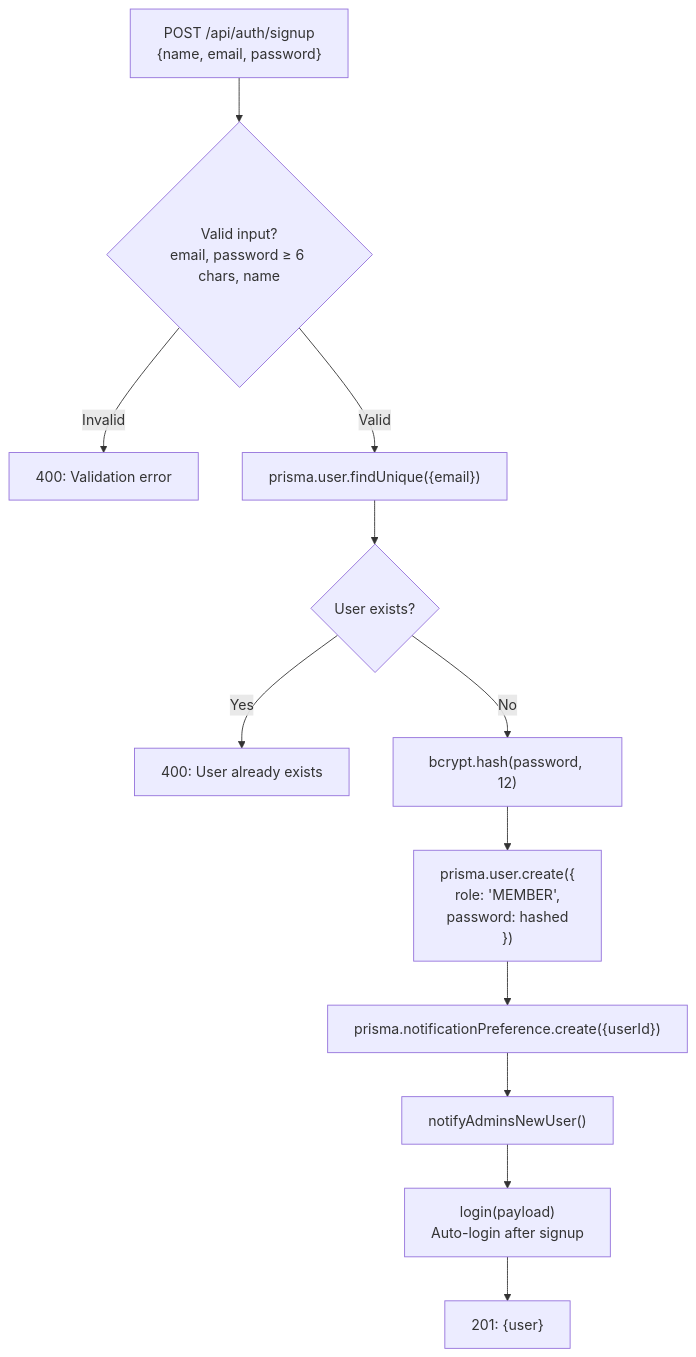
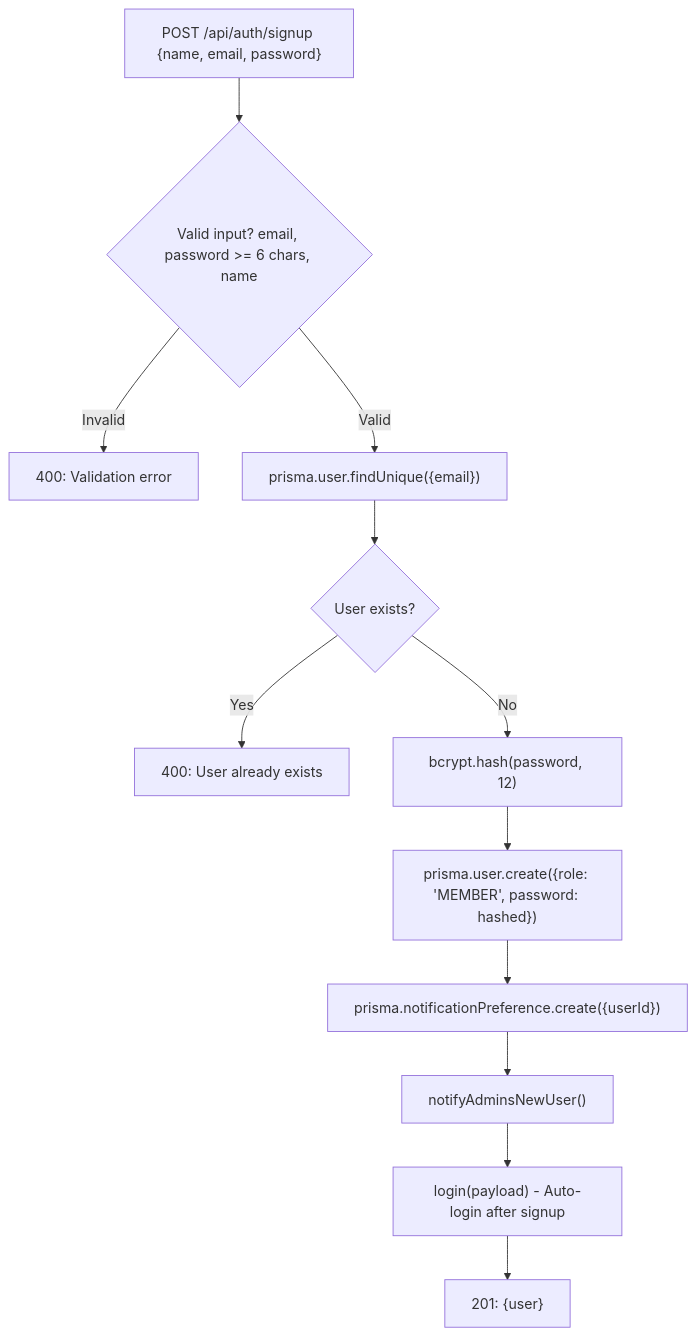
Before and after one commit to asefahmed500/Smart-Task-App_IIT_DU_Final_Project: the fourth of 7 diagrams in docs/02-authentication.md, drawn with Mermaid. The commit also changed other lines of this file and 8 other files, not shown here.

Commit message:
fix: remove br tags from mermaid diagrams for GitHub rendering

````diff
--- a/docs/02-authentication.md
+++ b/docs/02-authentication.md
@@ -176,14 +176,14 @@
 ```mermaid
 flowchart TD
-    START["POST /api/auth/signup<br/>{name, email, password}"] --> VALIDATE{"Valid input?<br/>email, password ≥ 6 chars, name"}
+    START["POST /api/auth/signup {name, email, password}"] --> VALIDATE{"Valid input? email, password >= 6 chars, name"}
     VALIDATE -->|Invalid| ERR["400: Validation error"]
     VALIDATE -->|Valid| EXISTS["prisma.user.findUnique({email})"]
     EXISTS --> TAKEN{"User exists?"}
     TAKEN -->|Yes| ERR_EXISTS["400: User already exists"]
     TAKEN -->|No| HASH["bcrypt.hash(password, 12)"]
-    HASH --> CREATE["prisma.user.create({<br/>  role: 'MEMBER',<br/>  password: hashed<br/>})"]
+    HASH --> CREATE["prisma.user.create({role: 'MEMBER', password: hashed})"]
     CREATE --> PREFS["prisma.notificationPreference.create({userId})"]
     PREFS --> NOTIFY["notifyAdminsNewUser()"]
-    NOTIFY --> AUTO_LOGIN["login(payload)<br/>Auto-login after signup"]
+    NOTIFY --> AUTO_LOGIN["login(payload) - Auto-login after signup"]
     AUTO_LOGIN --> SUCCESS["201: {user}"]
 ```
````
